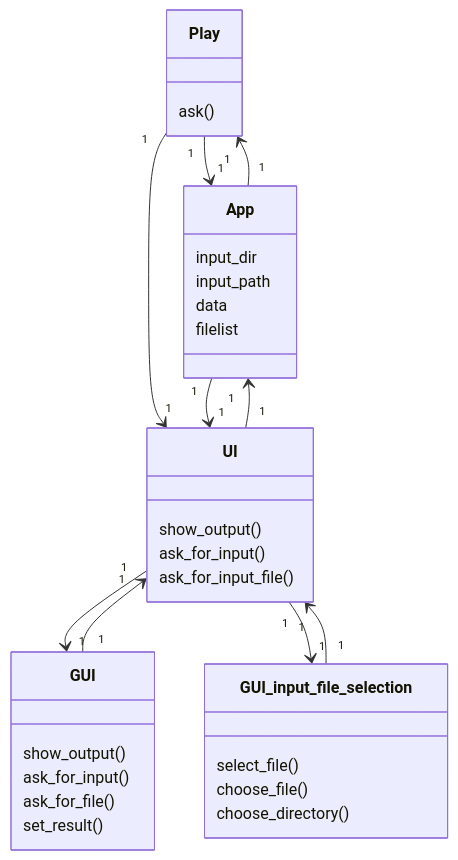
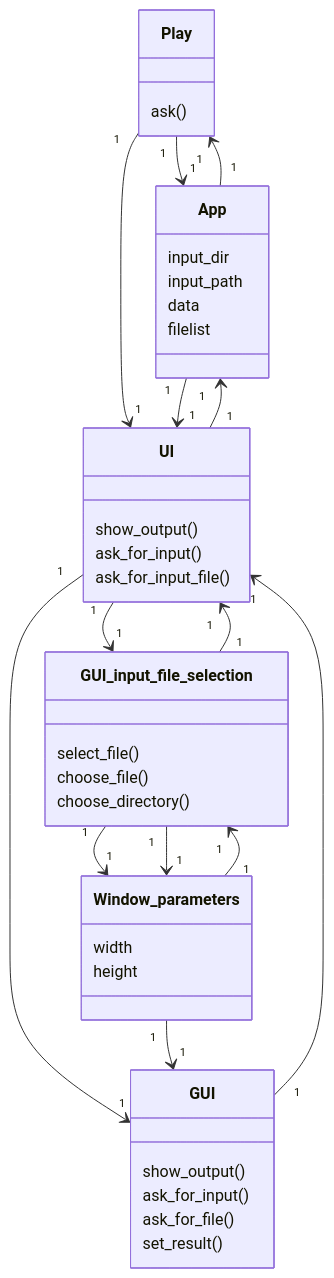
The second of 3 diagrams in dokumentaatio/arkkitehtuuri.MD (platipus82/ot-harjoitustyo), drawn with Mermaid before and after one commit.

````diff
--- a/dokumentaatio/arkkitehtuuri.MD
+++ b/dokumentaatio/arkkitehtuuri.MD
@@ -33,41 +33,50 @@
 ```mermaid
 classDiagram
     Play "1" --> "1" App 
     Play "1" --> "1" UI 
     App "1" --> "1" UI
     App "1" --> "1" Play
     UI "1" --> "1" App
     UI "1" --> "1" GUI
     UI "1" --> "1" GUI_input_file_selection
     GUI_input_file_selection "1" --> "1" UI
     GUI "1" --> "1" UI
     
+    Window_parameters "1" --> "1" GUI
+    Window_parameters "1" --> "1" GUI_input_file_selection
+    GUI_input_file_selection "1" --> "1" Window_parameters
+    GUI_input_file_selection "1" --> "1" Window_parameters
     class App{
         input_dir
         input_path 
         data
         filelist
     }
     class Play{
         ask()
     }
     class UI{
         show_output()
         ask_for_input()
         ask_for_input_file()
     }
 
     class GUI{
         show_output()
         ask_for_input()
         ask_for_file()
         set_result()
 
     }
     
     class GUI_input_file_selection{
         select_file()
         choose_file()
         choose_directory()
     }    
+    
+    class Window_parameters{
+        width
+        height 
+    }
 ```
````
